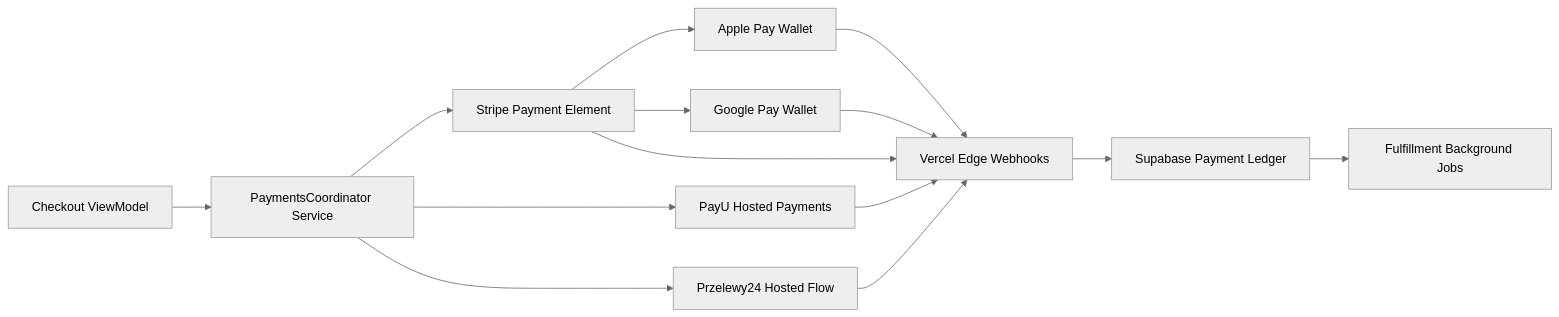
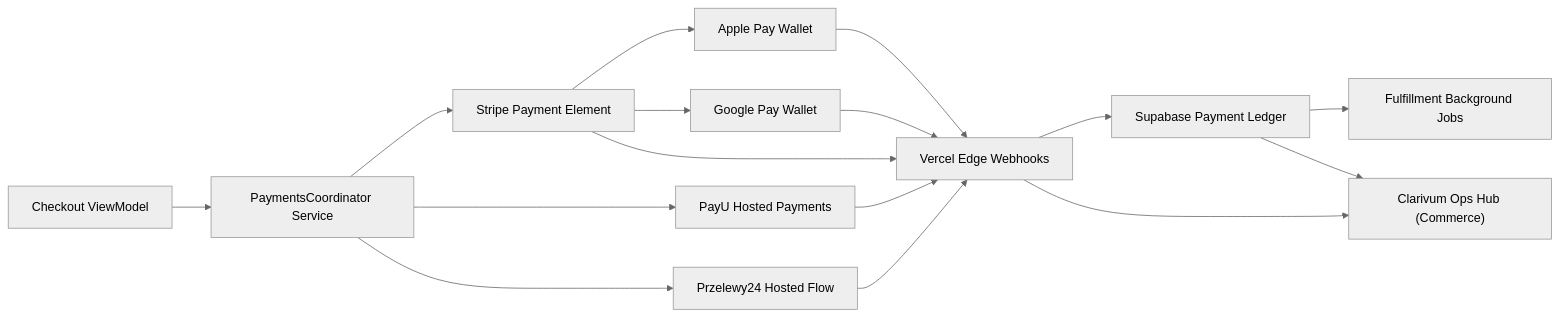
One commit to marcelkenner/clarivum changed the diagram in docs/diagrams/adr-011-payments-and-checkout-orchestration/architecture-overview.mmd. Above: the diagram before and after it, drawn with Mermaid (neutral theme). The commit also changed 110 other files, not shown here.

````diff
--- a/docs/diagrams/adr-011-payments-and-checkout-orchestration/architecture-overview.mmd
+++ b/docs/diagrams/adr-011-payments-and-checkout-orchestration/architecture-overview.mmd
@@ -1,16 +1,18 @@
 ```mermaid
 flowchart LR
     CheckoutUI["Checkout ViewModel"] --> PaymentsCoordinator["PaymentsCoordinator Service"]
     PaymentsCoordinator --> Stripe["Stripe Payment Element"]
     PaymentsCoordinator --> PayU["PayU Hosted Payments"]
     PaymentsCoordinator --> P24["Przelewy24 Hosted Flow"]
     Stripe --> ApplePay["Apple Pay Wallet"]
     Stripe --> GooglePay["Google Pay Wallet"]
     ApplePay --> Webhooks["Vercel Edge Webhooks"]
     GooglePay --> Webhooks
     PayU --> Webhooks
     P24 --> Webhooks
     Stripe --> Webhooks
     Webhooks --> SupabaseLedger["Supabase Payment Ledger"]
     SupabaseLedger --> FulfillmentJobs["Fulfillment Background Jobs"]
+    Webhooks --> OpsHub["Clarivum Ops Hub (Commerce)"]
+    SupabaseLedger --> OpsHub
 ```
````
